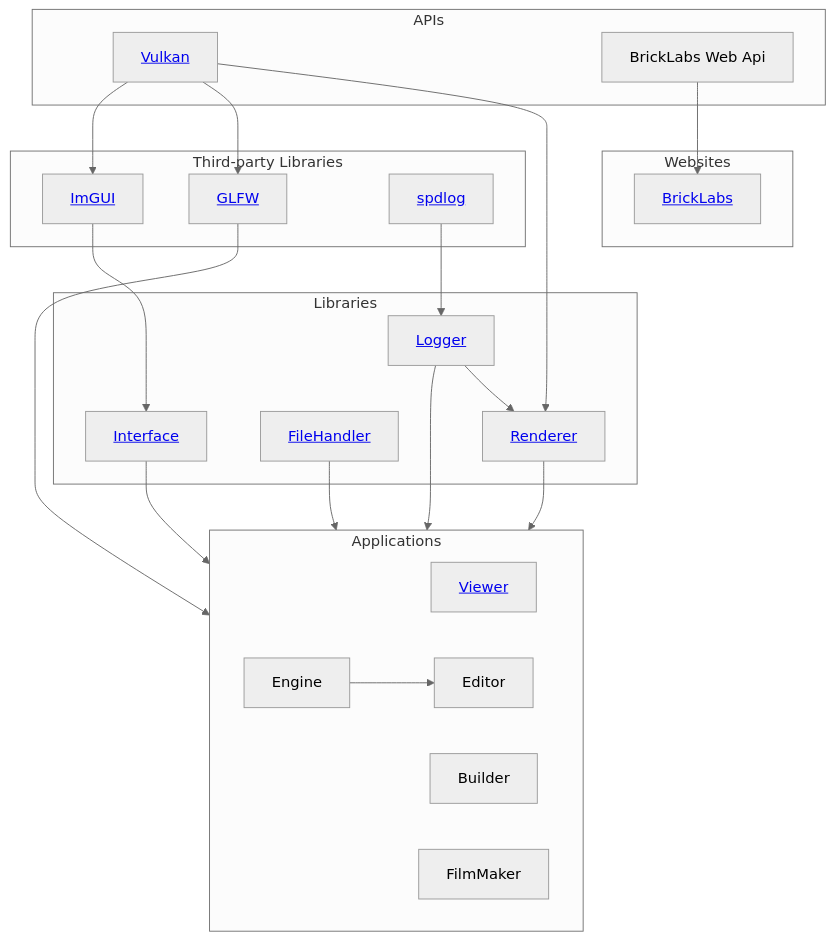
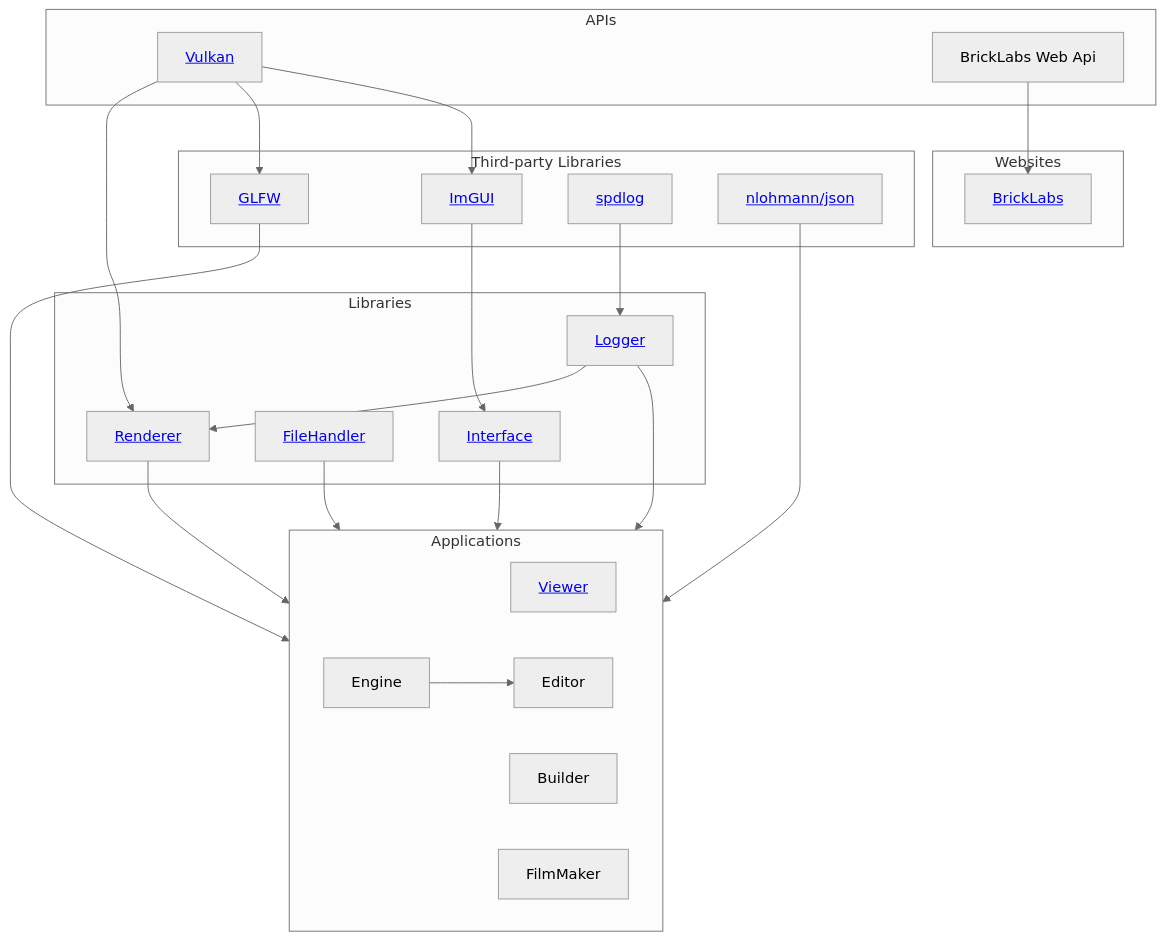
The diagram in profile/README.md (Brick-Labs/.github), drawn with Mermaid (neutral theme) before and after one commit.

Commit message:
Add nlohmann/json C++ library to third-party libraries with connection to Applications

````diff
--- a/profile/README.md
+++ b/profile/README.md
@@ -6,56 +6,58 @@
 ```mermaid
 graph TD
     
     subgraph APIs
         Vulkan[<a href="https://vulkan.org">Vulkan</a>]
         BLAPI[<span>BrickLabs Web Api</span>]
     end
 
     subgraph Third-party Libraries
         GLFW[<a href="https://www.glfw.org">GLFW</a>]
         ImGUI[<a href="https://github.com/ocornut/imgui">ImGUI</a>]
         spdlog[<a href="https://github.com/gabime/spdlog">spdlog</a>]
+        nlohmann_json[<a href="https://github.com/nlohmann/json">nlohmann/json</a>]
     end
 
     subgraph Libraries
         Renderer[<a href="https://github.com/Brick-Labs/Renderer">Renderer</a>]
         FileHandler[<a href="https://github.com/Brick-Labs/FileHandler">FileHandler</a>]
         Logger[<a href="https://github.com/Brick-Labs/Logger">Logger</a>]
         BLGUI[<a href="https://github.com/Brick-Labs/Interface">Interface</a>]
     end
 
     subgraph Applications
         Viewer[<a href="https://github.com/Brick-Labs/Viewer">Viewer</a>]
         Builder
         Engine
         Editor
         FilmMaker
     end
 
     subgraph Websites
         BrickLabsWeb[<a href="https://github.com/Brick-Labs/Website">BrickLabs</a>]
     end
 
     %% APIs to Libraries
     Vulkan --> Renderer
     Vulkan --> GLFW
     Vulkan --> ImGUI
 
     %% APIs to Websites
     BLAPI --> BrickLabsWeb
 
     %% Libraries to Libraries
     ImGUI --> BLGUI
     spdlog --> Logger
     Logger --> Renderer
 
     %% Librararies to Applications
     Renderer --> Applications
     GLFW --> Applications
     BLGUI --> Applications 
     FileHandler --> Applications
     Logger --> Applications 
+    nlohmann_json --> Applications 
 
     %% Applications to Applications
     Engine --> Editor
 ```
````
